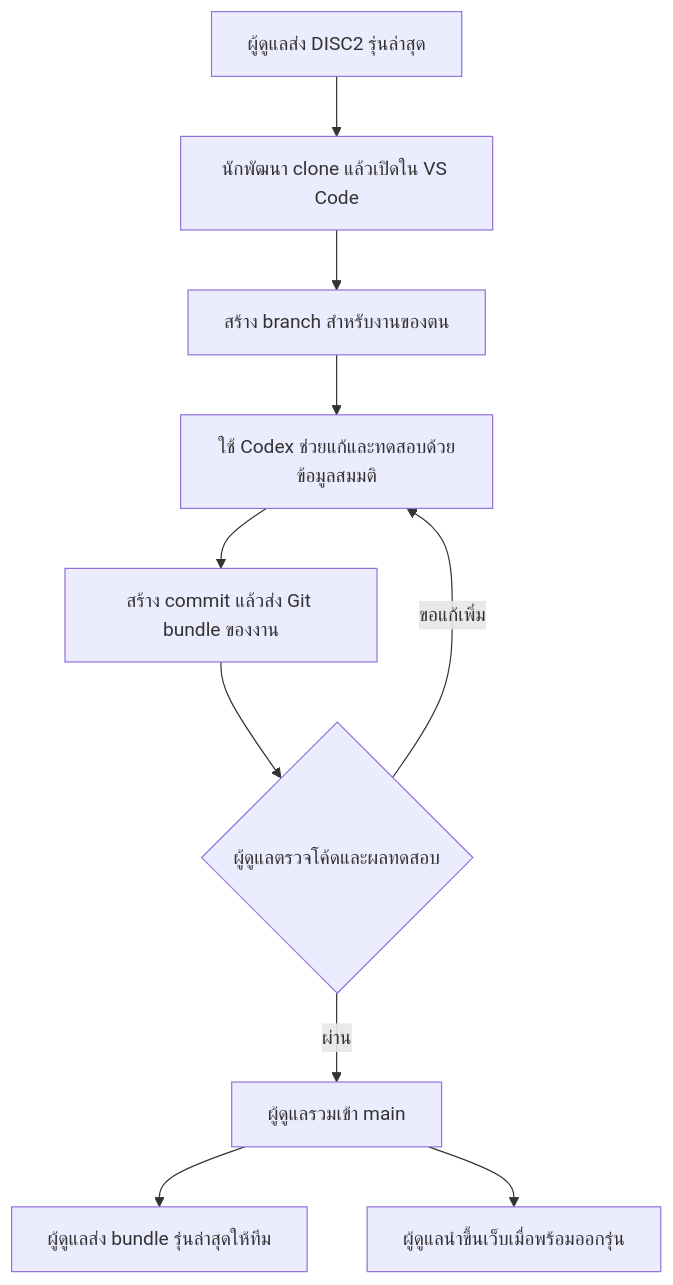
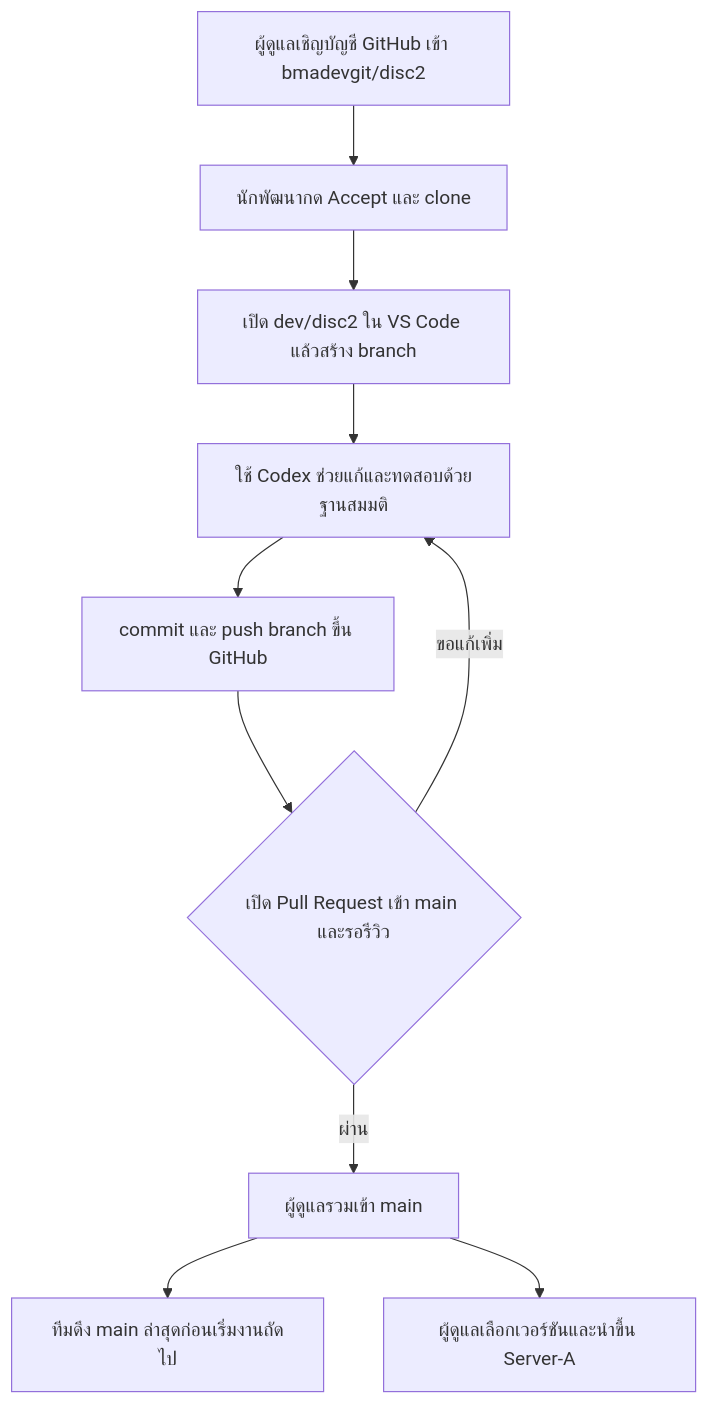
One commit to bmadevgit/disc2 changed the diagram in README.md. Above: the diagram before and after it, drawn with Mermaid. The commit also changed other lines of this file and 3 other files, not shown here.

Commit message:
Document GitHub onboarding for DISC2

````diff
--- a/README.md
+++ b/README.md
@@ -9,12 +10,12 @@
 ```mermaid
 flowchart TD
-    A["ผู้ดูแลส่ง DISC2 รุ่นล่าสุด"] --> B["นักพัฒนา clone แล้วเปิดใน VS Code"]
-    B --> C["สร้าง branch สำหรับงานของตน"]
-    C --> D["ใช้ Codex ช่วยแก้และทดสอบด้วยข้อมูลสมมติ"]
-    D --> E["สร้าง commit แล้วส่ง Git bundle ของงาน"]
-    E --> F{"ผู้ดูแลตรวจโค้ดและผลทดสอบ"}
+    A["ผู้ดูแลเชิญบัญชี GitHub เข้า bmadevgit/disc2"] --> B["นักพัฒนากด Accept และ clone"]
+    B --> C["เปิด dev/disc2 ใน VS Code แล้วสร้าง branch"]
+    C --> D["ใช้ Codex ช่วยแก้และทดสอบด้วยฐานสมมติ"]
+    D --> E["commit และ push branch ขึ้น GitHub"]
+    E --> F{"เปิด Pull Request เข้า main และรอรีวิว"}
     F -->|"ขอแก้เพิ่ม"| D
     F -->|"ผ่าน"| G["ผู้ดูแลรวมเข้า main"]
-    G --> H["ผู้ดูแลส่ง bundle รุ่นล่าสุดให้ทีม"]
-    G --> I["ผู้ดูแลนำขึ้นเว็บเมื่อพร้อมออกรุ่น"]
+    G --> H["ทีมดึง main ล่าสุดก่อนเริ่มงานถัดไป"]
+    G --> I["ผู้ดูแลเลือกเวอร์ชันและนำขึ้น Server-A"]
 ```
````
